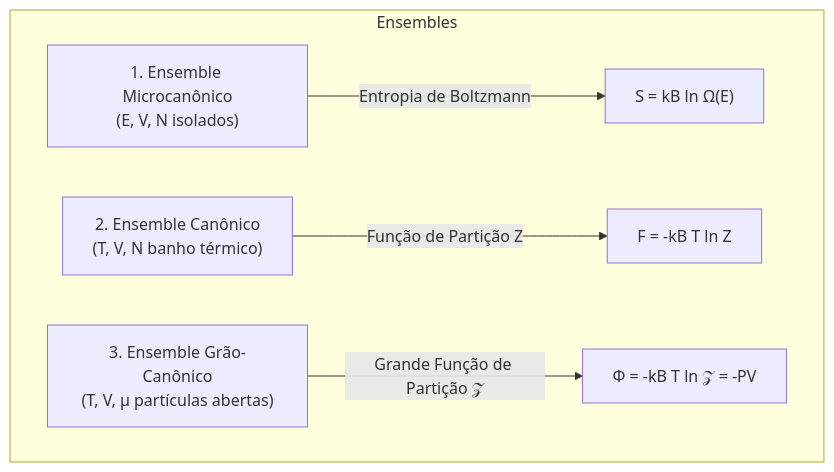
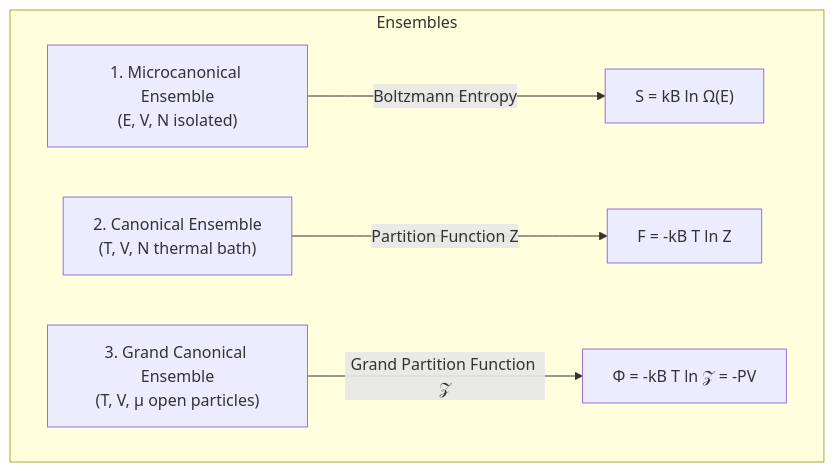
Before and after one commit to dandgabr/Coacus: the diagram in knowledge/skills/domains/academic/academic-thermodynamics-statistical-physics/SKILL.md, drawn with Mermaid. The commit also changed 143 other files, not shown here.

````diff
--- a/knowledge/skills/domains/academic/academic-thermodynamics-statistical-physics/SKILL.md
+++ b/knowledge/skills/domains/academic/academic-thermodynamics-statistical-physics/SKILL.md
@@ -32,8 +32,8 @@
 ```mermaid
 graph TD
     subgraph Ensembles
-        EM["1. Ensemble Microcanônico<br/>(E, V, N isolados)"] -->|Entropia de Boltzmann| S["S = kB ln Ω(E)"]
-        EC["2. Ensemble Canônico<br/>(T, V, N banho térmico)"] -->|Função de Partição Z| F["F = -kB T ln Z"]
-        EGC["3. Ensemble Grão-Canônico<br/>(T, V, μ partículas abertas)"] -->|Grande Função de Partição 𝒵| PHI["Φ = -kB T ln 𝒵 = -PV"]
+        EM["1. Microcanonical Ensemble<br/>(E, V, N isolated)"] -->|Boltzmann Entropy| S["S = kB ln Ω(E)"]
+        EC["2. Canonical Ensemble<br/>(T, V, N thermal bath)"] -->|Partition Function Z| F["F = -kB T ln Z"]
+        EGC["3. Grand Canonical Ensemble<br/>(T, V, μ open particles)"] -->|Grand Partition Function 𝒵| PHI["Φ = -kB T ln 𝒵 = -PV"]
     end
 ```
````
